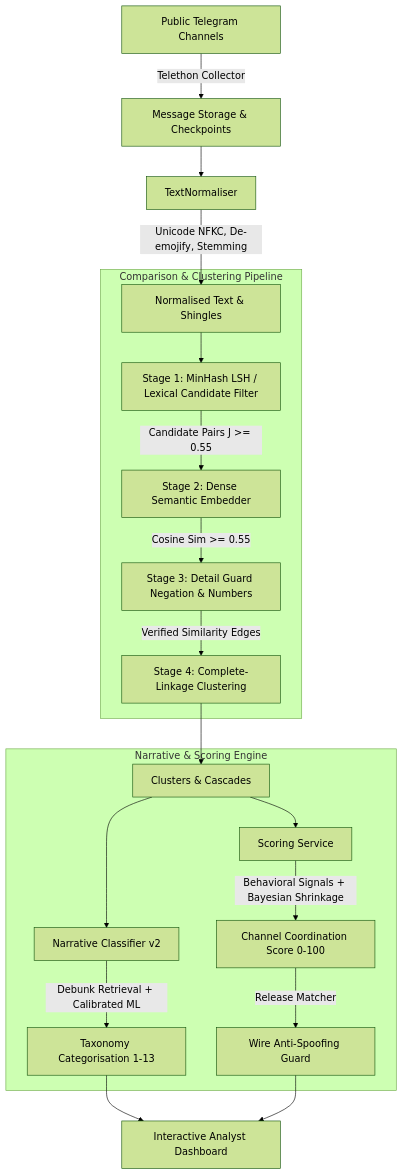
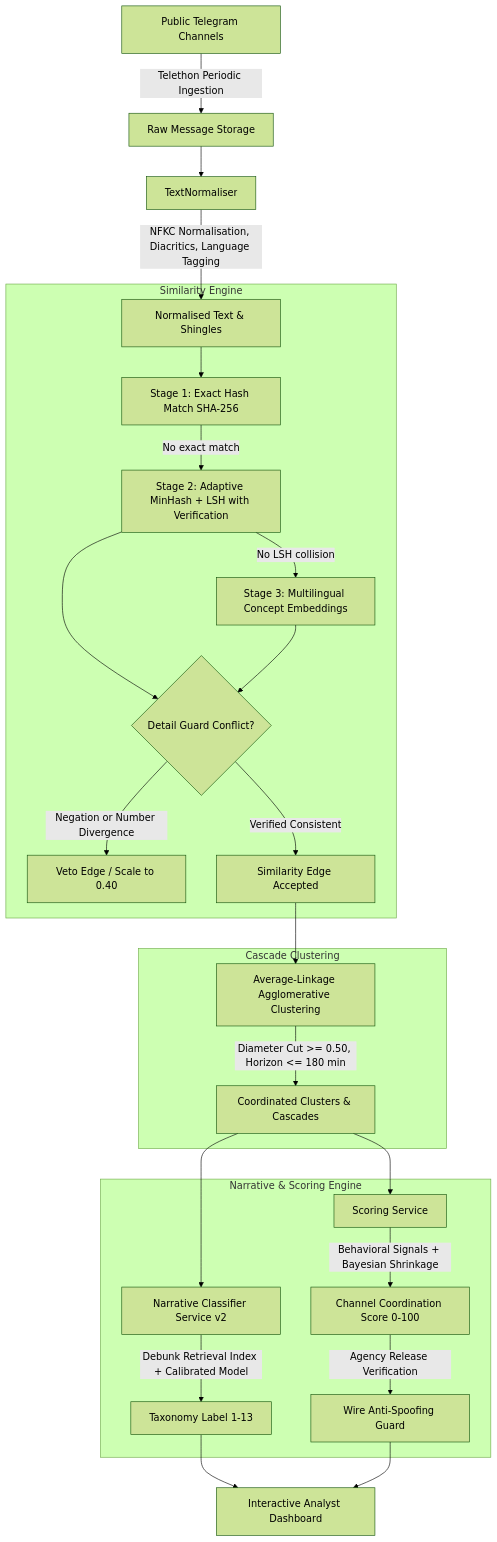
Before and after one commit to mariaelenabotnari/scamguard: the diagram in README.md, drawn with Mermaid (forest theme). The commit also changed other lines of this file, not shown here.

Commit message:
docs: align README with exact code implementations, data provenance, and limitations

````diff
--- a/README.md
+++ b/README.md
@@ -42,25 +46,32 @@
 ```mermaid
 flowchart TD
-    A[Public Telegram Channels] -->|Telethon Collector| B[Message Storage & Checkpoints]
+    A[Public Telegram Channels] -->|Telethon Periodic Ingestion| B[Raw Message Storage]
     B --> C[TextNormaliser]
-    C -->|Unicode NFKC, De-emojify, Stemming| D[Normalised Text & Shingles]
+    C -->|NFKC Normalisation, Diacritics, Language Tagging| D[Normalised Text & Shingles]
     
-    subgraph Comparison & Clustering Pipeline
-        D --> E[Stage 1: MinHash LSH / Lexical Candidate Filter]
-        E -->|Candidate Pairs J >= 0.55| F[Stage 2: Dense Semantic Embedder]
-        F -->|Cosine Sim >= 0.55| G[Stage 3: Detail Guard Negation & Numbers]
-        G -->|Verified Similarity Edges| H[Stage 4: Complete-Linkage Clustering]
+    subgraph Similarity Engine
+        D --> E[Stage 1: Exact Hash Match SHA-256]
+        E -->|No exact match| F[Stage 2: Adaptive MinHash + LSH with Verification]
+        F -->|No LSH collision| G[Stage 3: Multilingual Concept Embeddings]
+        F --> H{Detail Guard Conflict?}
+        G --> H
+        H -->|Negation or Number Divergence| I[Veto Edge / Scale to 0.40]
+        H -->|Verified Consistent| J[Similarity Edge Accepted]
+    end
+    
+    subgraph Cascade Clustering
+        J --> K[Average-Linkage Agglomerative Clustering]
+        K -->|Diameter Cut >= 0.50, Horizon <= 180 min| L[Coordinated Clusters & Cascades]
     end
     
     subgraph Narrative & Scoring Engine
-        H --> I[Clusters & Cascades]
-        I --> J[Narrative Classifier v2]
-        J -->|Debunk Retrieval + Calibrated ML| K[Taxonomy Categorisation 1-13]
-        I --> L[Scoring Service]
-        L -->|Behavioral Signals + Bayesian Shrinkage| M[Channel Coordination Score 0-100]
-        M -->|Release Matcher| N[Wire Anti-Spoofing Guard]
+        L --> M[Narrative Classifier Service v2]
+        M -->|Debunk Retrieval Index + Calibrated Model| N[Taxonomy Label 1-13]
+        L --> O[Scoring Service]
+        O -->|Behavioral Signals + Bayesian Shrinkage| P[Channel Coordination Score 0-100]
+        P -->|Agency Release Verification| Q[Wire Anti-Spoofing Guard]
     end
     
-    K --> O[Interactive Analyst Dashboard]
-    N --> O
+    N --> R[Interactive Analyst Dashboard]
+    Q --> R
 ```
````
